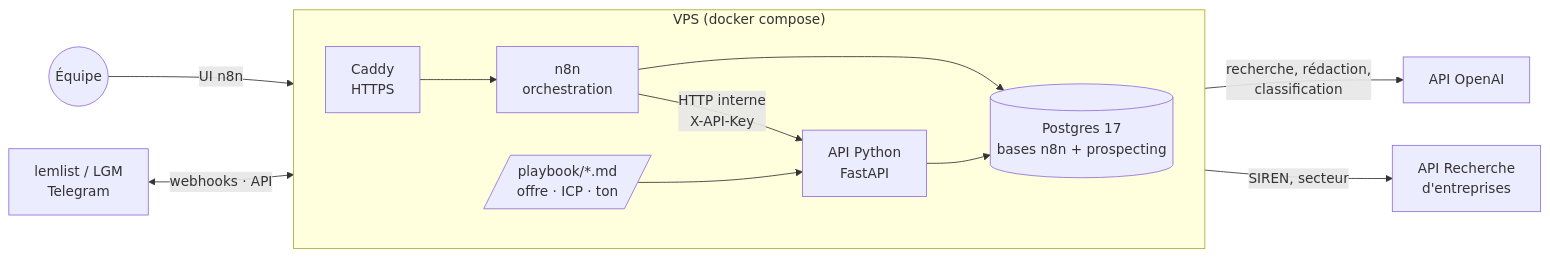
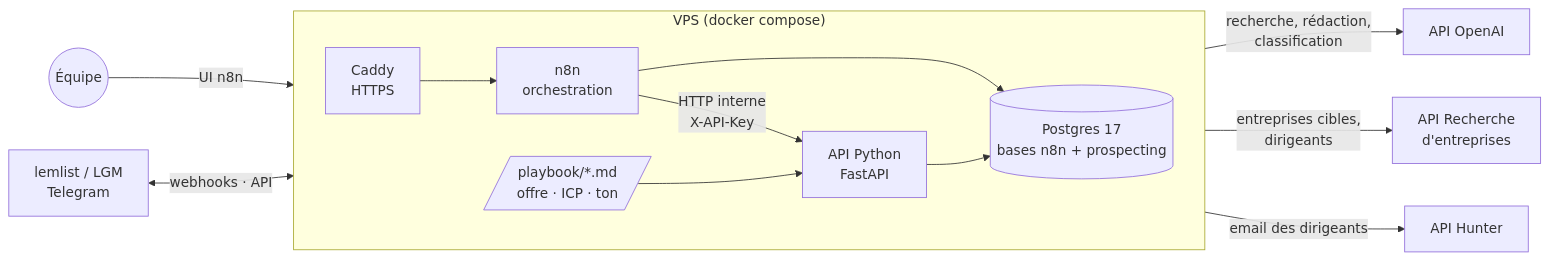
One commit to lboitel/prospecting-agent changed the first of 3 diagrams in docs/ARCHITECTURE.md. Above: the diagram before and after it, drawn with Mermaid. The commit also changed other lines of this file and 16 other files, not shown here.

````diff
--- a/docs/ARCHITECTURE.md
+++ b/docs/ARCHITECTURE.md
@@ -51,21 +51,22 @@
 ```mermaid
 flowchart LR
     subgraph VPS["VPS (docker compose)"]
         direction LR
         Caddy["Caddy<br/>HTTPS"]
         n8n["n8n<br/>orchestration"]
         API["API Python<br/>FastAPI"]
         PG[("Postgres 17<br/>bases n8n + prospecting")]
         PB[/"playbook/*.md<br/>offre · ICP · ton"/]
     end
 
     User(("Équipe")) -->|UI n8n| Caddy
     Tools["lemlist / LGM<br/>Telegram"] <-->|webhooks · API| Caddy
     Caddy --> n8n
     n8n -->|HTTP interne<br/>X-API-Key| API
     n8n --> PG
     API --> PG
     PB --> API
     API -->|recherche, rédaction,<br/>classification| OpenAI["API OpenAI"]
-    API -->|SIREN, secteur| Sirene["API Recherche<br/>d'entreprises"]
+    API -->|entreprises cibles,<br/>dirigeants| Sirene["API Recherche<br/>d'entreprises"]
+    API -->|email des dirigeants| Hunter["API Hunter"]
 ```
````
